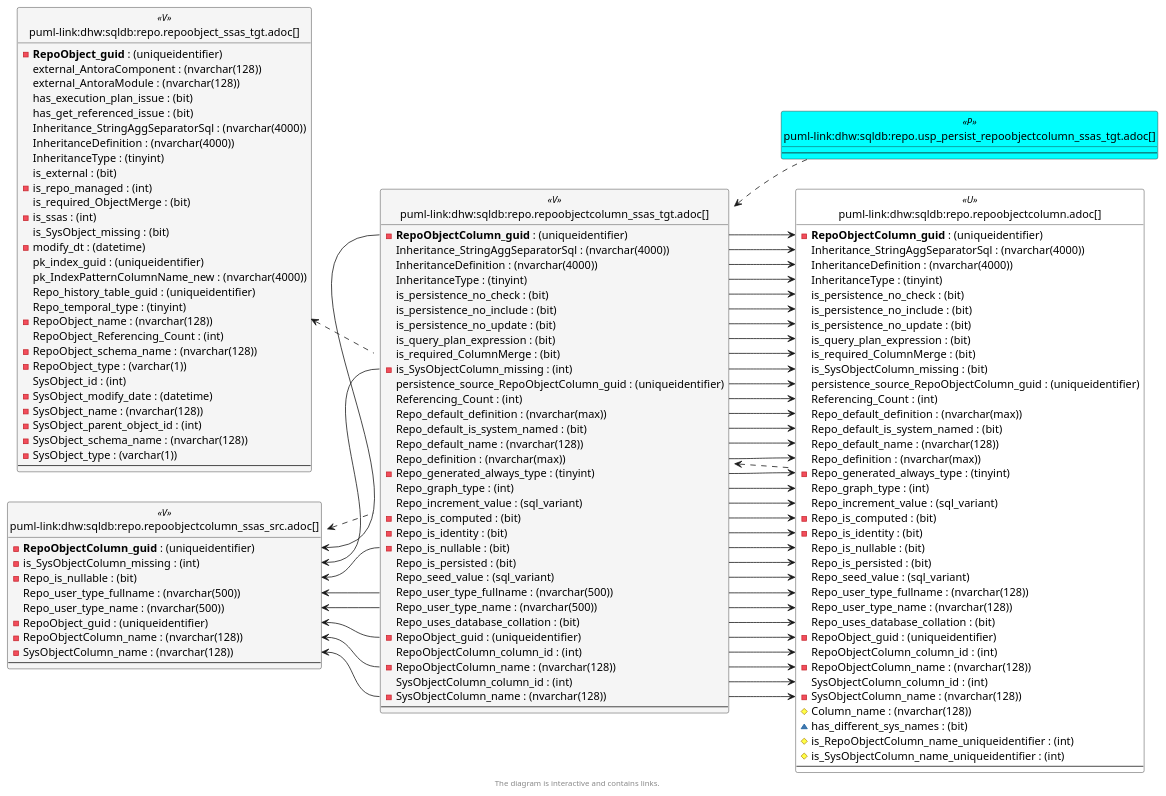
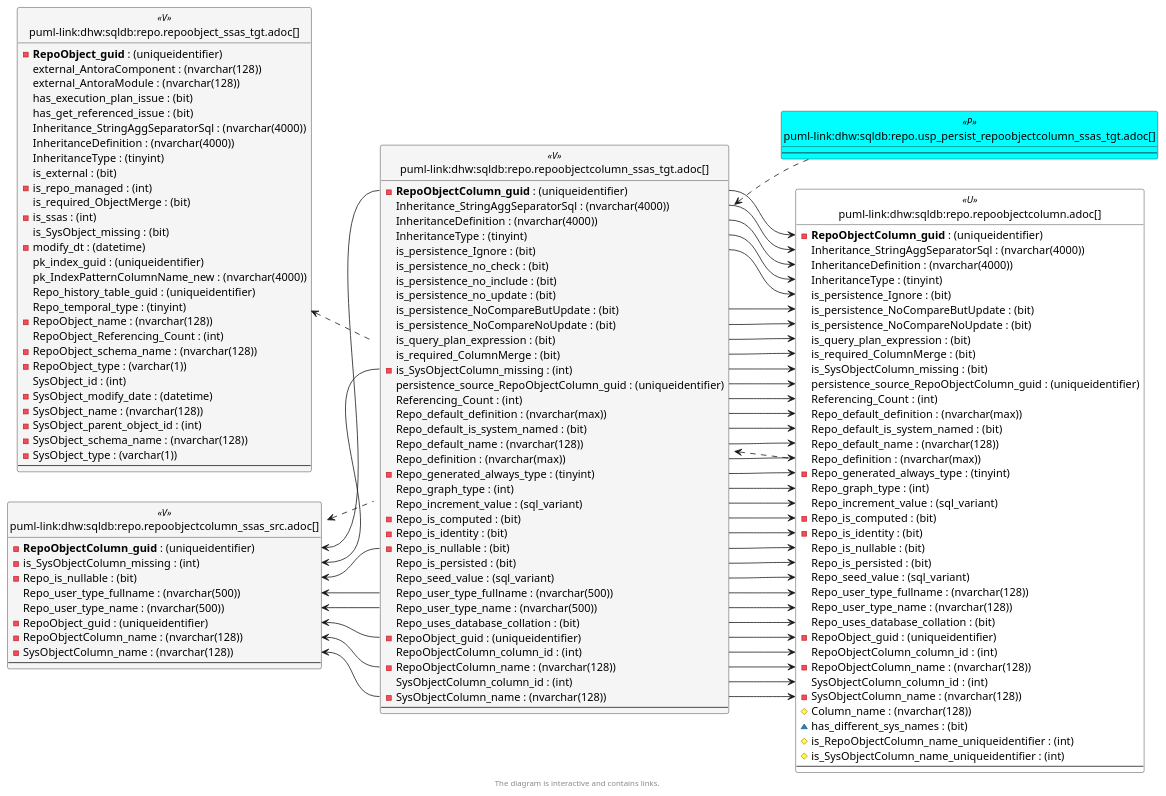
One commit to DataHandwerk/dhw-antora-sqldb changed the sixth of 6 diagrams in docs/modules/sqldb/partials/content/repo.repoobjectcolumn_ssas_tgt.adoc. Above: the diagram before and after it, drawn with PlantUML. The commit also changed other lines of this file and 751 other files, not shown here.

```diff
--- a/docs/modules/sqldb/partials/content/repo.repoobjectcolumn_ssas_tgt.adoc
+++ b/docs/modules/sqldb/partials/content/repo.repoobjectcolumn_ssas_tgt.adoc
@@ -3339,9 +3373,9 @@
   Inheritance_StringAggSeparatorSql : (nvarchar(4000))
   InheritanceDefinition : (nvarchar(4000))
   InheritanceType : (tinyint)
-  is_persistence_no_check : (bit)
-  is_persistence_no_include : (bit)
-  is_persistence_no_update : (bit)
+  is_persistence_Ignore : (bit)
+  is_persistence_NoCompareButUpdate : (bit)
+  is_persistence_NoCompareNoUpdate : (bit)
   is_query_plan_expression : (bit)
   is_required_ColumnMerge : (bit)
   is_SysObjectColumn_missing : (bit)
@@ -3391,9 +3425,12 @@
   Inheritance_StringAggSeparatorSql : (nvarchar(4000))
   InheritanceDefinition : (nvarchar(4000))
   InheritanceType : (tinyint)
+  is_persistence_Ignore : (bit)
   is_persistence_no_check : (bit)
   is_persistence_no_include : (bit)
   is_persistence_no_update : (bit)
+  is_persistence_NoCompareButUpdate : (bit)
+  is_persistence_NoCompareNoUpdate : (bit)
   is_query_plan_expression : (bit)
   is_required_ColumnMerge : (bit)
   - is_SysObjectColumn_missing : (int)
@@ -3433,9 +3470,9 @@
 "repo.RepoObjectColumn::Inheritance_StringAggSeparatorSql" <-- "repo.RepoObjectColumn_SSAS_tgt::Inheritance_StringAggSeparatorSql"
 "repo.RepoObjectColumn::InheritanceDefinition" <-- "repo.RepoObjectColumn_SSAS_tgt::InheritanceDefinition"
 "repo.RepoObjectColumn::InheritanceType" <-- "repo.RepoObjectColumn_SSAS_tgt::InheritanceType"
-"repo.RepoObjectColumn::is_persistence_no_check" <-- "repo.RepoObjectColumn_SSAS_tgt::is_persistence_no_check"
-"repo.RepoObjectColumn::is_persistence_no_include" <-- "repo.RepoObjectColumn_SSAS_tgt::is_persistence_no_include"
-"repo.RepoObjectColumn::is_persistence_no_update" <-- "repo.RepoObjectColumn_SSAS_tgt::is_persistence_no_update"
+"repo.RepoObjectColumn::is_persistence_Ignore" <-- "repo.RepoObjectColumn_SSAS_tgt::is_persistence_Ignore"
+"repo.RepoObjectColumn::is_persistence_NoCompareButUpdate" <-- "repo.RepoObjectColumn_SSAS_tgt::is_persistence_NoCompareButUpdate"
+"repo.RepoObjectColumn::is_persistence_NoCompareNoUpdate" <-- "repo.RepoObjectColumn_SSAS_tgt::is_persistence_NoCompareNoUpdate"
 "repo.RepoObjectColumn::is_query_plan_expression" <-- "repo.RepoObjectColumn_SSAS_tgt::is_query_plan_expression"
 "repo.RepoObjectColumn::is_required_ColumnMerge" <-- "repo.RepoObjectColumn_SSAS_tgt::is_required_ColumnMerge"
 "repo.RepoObjectColumn::is_SysObjectColumn_missing" <-- "repo.RepoObjectColumn_SSAS_tgt::is_SysObjectColumn_missing"
```
